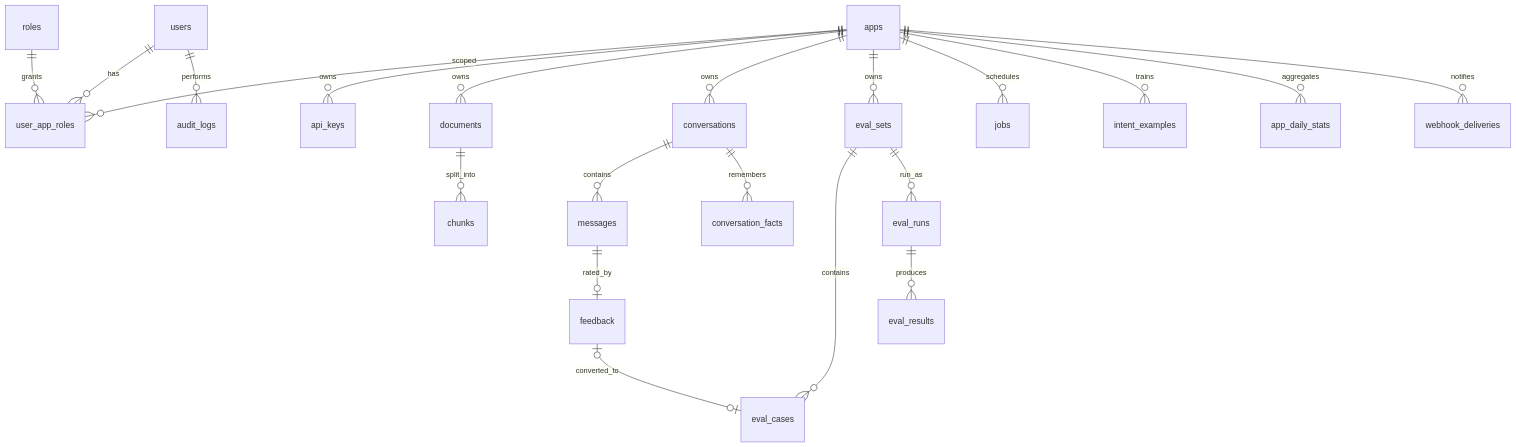
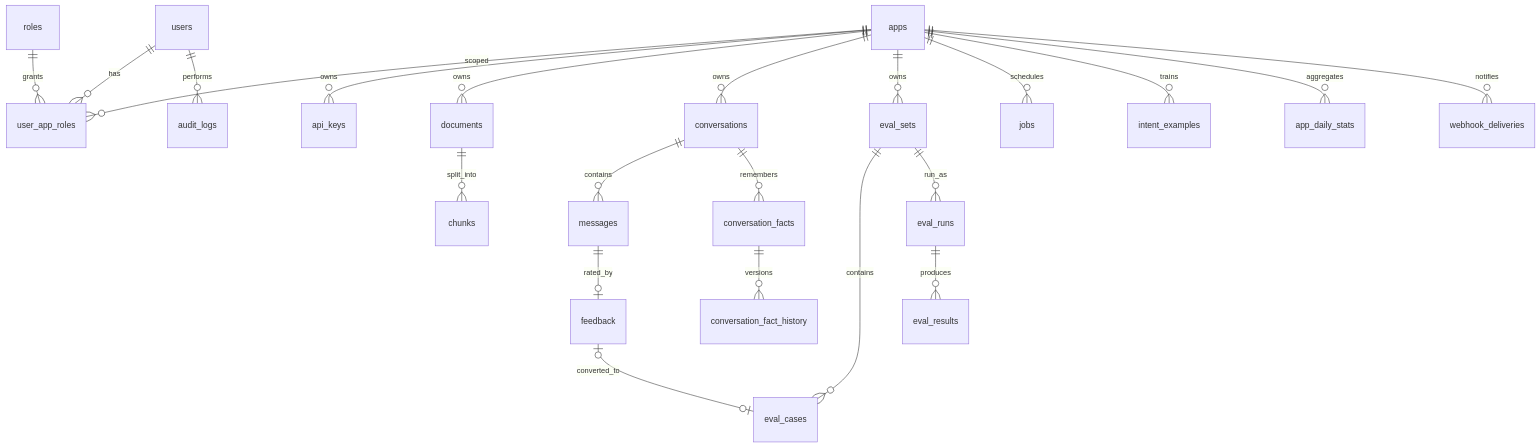
The diagram in docs/03-database/01-数据库设计.md (YKkksss/AIIntelligentCustomerService), drawn with Mermaid before and after one commit. The commit also changed other lines of this file and 18 other files, not shown here.

````diff
--- a/docs/03-database/01-数据库设计.md
+++ b/docs/03-database/01-数据库设计.md
@@ -12,23 +12,24 @@
 ```mermaid
 erDiagram
   users ||--o{ user_app_roles : has
   roles ||--o{ user_app_roles : grants
   apps  ||--o{ user_app_roles : scoped
   apps  ||--o{ api_keys : owns
   apps  ||--o{ documents : owns
   documents ||--o{ chunks : split_into
   apps  ||--o{ conversations : owns
   conversations ||--o{ messages : contains
   conversations ||--o{ conversation_facts : remembers
+  conversation_facts ||--o{ conversation_fact_history : versions
   messages ||--o| feedback : rated_by
   feedback |o--o| eval_cases : converted_to
   apps  ||--o{ eval_sets : owns
   eval_sets ||--o{ eval_cases : contains
   eval_sets ||--o{ eval_runs : run_as
   eval_runs ||--o{ eval_results : produces
   apps  ||--o{ jobs : schedules
   apps  ||--o{ intent_examples : trains
   apps  ||--o{ app_daily_stats : aggregates
   apps  ||--o{ webhook_deliveries : notifies
   users ||--o{ audit_logs : performs
 ```
````
